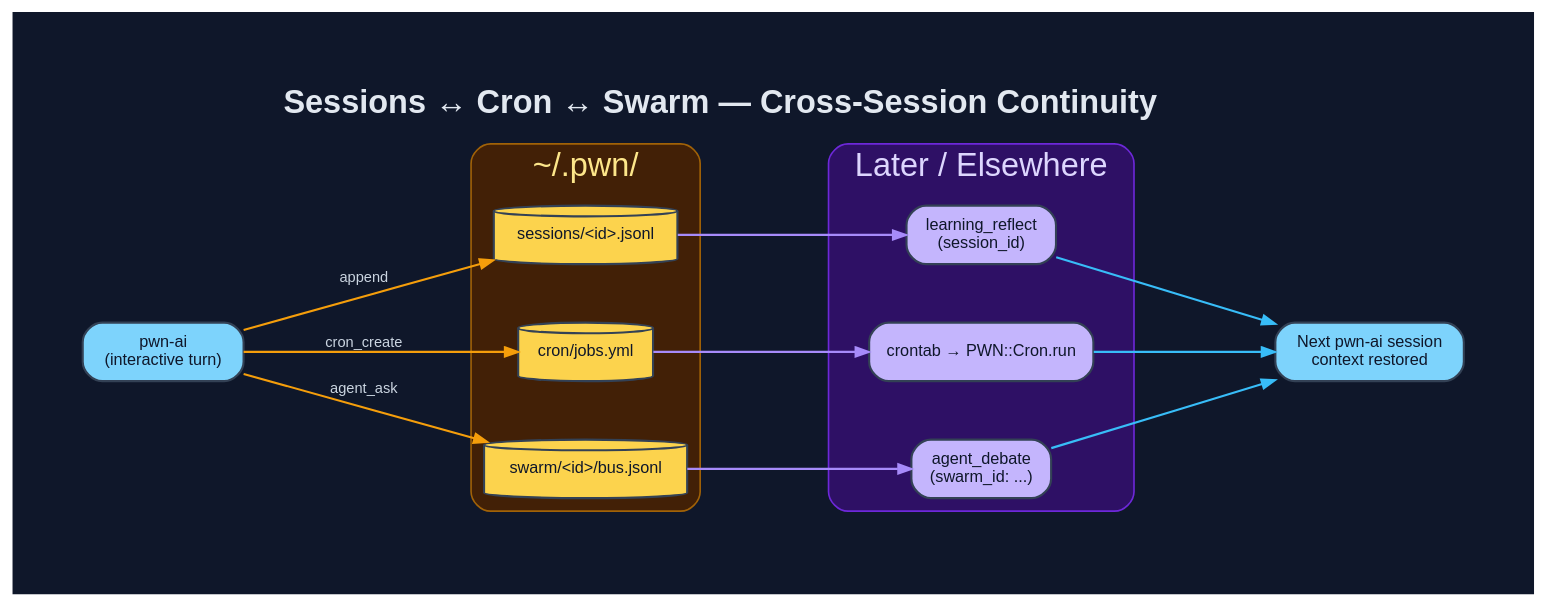
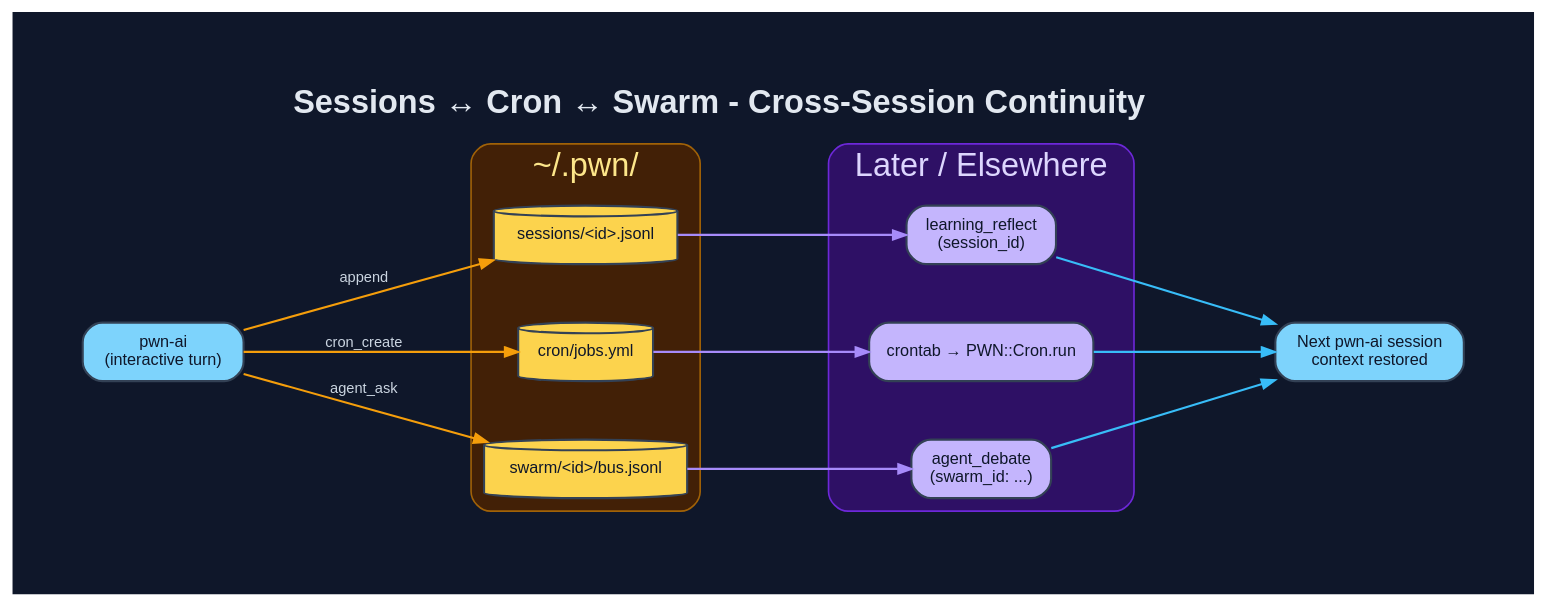
One commit to 0dayInc/pwn changed the diagram in documentation/diagrams/dot/sessions-cron-automation.dot. Above: the diagram before and after it, drawn with Graphviz. The commit also changed 94 other files, not shown here.

```diff
--- a/documentation/diagrams/dot/sessions-cron-automation.dot
+++ b/documentation/diagrams/dot/sessions-cron-automation.dot
@@ -1,44 +1,44 @@
 digraph "PWN_SessionsCron" {
   graph [
-    label=<<B>Sessions ↔ Cron ↔ Swarm — Cross-Session Continuity</B>>,
+    label=<<B>Sessions ↔ Cron ↔ Swarm - Cross-Session Continuity</B>>,
     labelloc=t, fontsize=20, fontname="Helvetica",
     rankdir=LR, splines=spline, nodesep=0.5, ranksep=1.3,
     bgcolor="#0f172a", fontcolor="#e2e8f0", pad=0.6, newrank=true
   ];
   node [fontname="Helvetica", fontsize=10, style="filled,rounded",
         shape=box, penwidth=1.3, color="#334155", fontcolor="#0f172a"];
   edge [fontname="Helvetica", fontsize=9, color="#94a3b8",
         fontcolor="#cbd5e1", penwidth=1.3, arrowsize=0.8];
 
   Now [label="pwn-ai\n(interactive turn)", fillcolor="#7dd3fc"];
 
   subgraph cluster_p {
     label="~/.pwn/"; fontcolor="#fde68a"; style=rounded;
     color="#a16207"; bgcolor="#422006";
     Sess  [label="sessions/<id>.jsonl", shape=cylinder, fillcolor="#fcd34d"];
     Cron  [label="cron/jobs.yml",       shape=cylinder, fillcolor="#fcd34d"];
     Swarm [label="swarm/<id>/bus.jsonl",shape=cylinder, fillcolor="#fcd34d"];
   }
   {rank=same; Sess; Cron; Swarm}
 
   subgraph cluster_later {
     label="Later / Elsewhere"; fontcolor="#ddd6fe"; style=rounded;
     color="#6d28d9"; bgcolor="#2e1065";
     Reflect [label="learning_reflect\n(session_id)",   fillcolor="#c4b5fd"];
     Fire    [label="crontab → PWN::Cron.run",           fillcolor="#c4b5fd"];
     Resume  [label="agent_debate\n(swarm_id: ...)",     fillcolor="#c4b5fd"];
   }
   {rank=same; Reflect; Fire; Resume}
 
   Next [label="Next pwn-ai session\ncontext restored", fillcolor="#7dd3fc"];
 
   Now -> Sess  [label="append", color="#f59e0b"];
   Now -> Cron  [label="cron_create", color="#f59e0b"];
   Now -> Swarm [label="agent_ask", color="#f59e0b"];
   Sess  -> Reflect [color="#a78bfa"];
   Cron  -> Fire    [color="#a78bfa"];
   Swarm -> Resume  [color="#a78bfa"];
   Reflect -> Next [color="#38bdf8"];
   Fire    -> Next [color="#38bdf8"];
   Resume  -> Next [color="#38bdf8"];
 }
```
